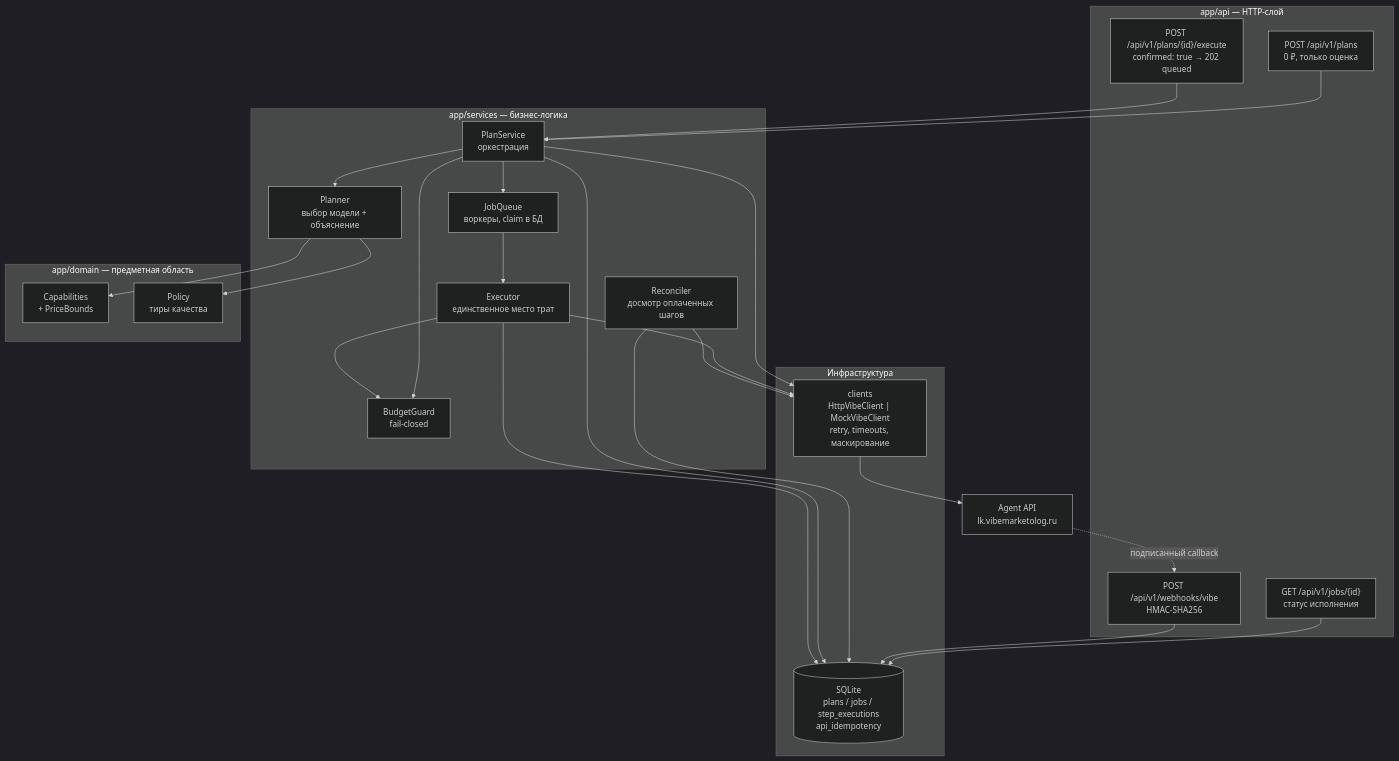
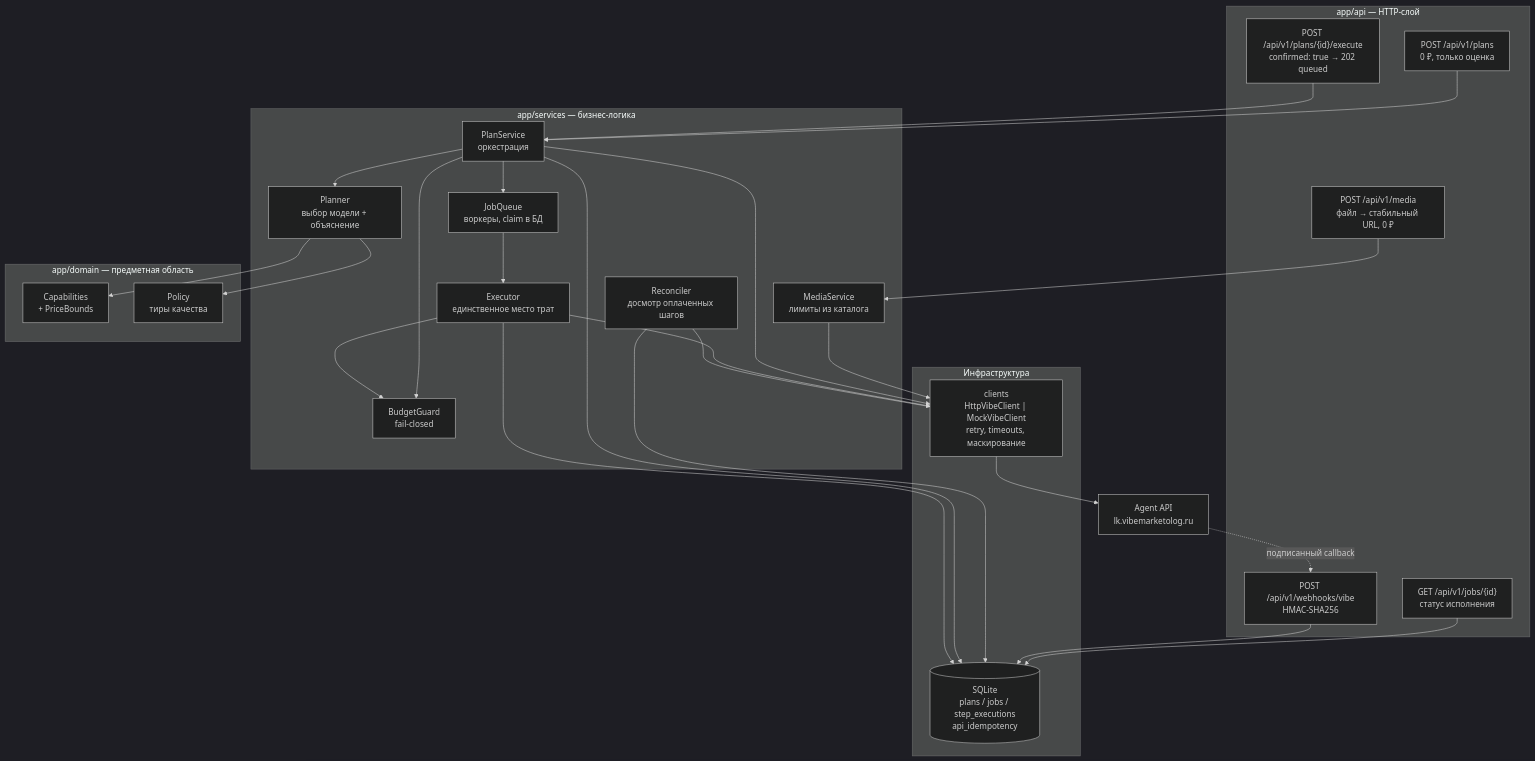
The diagram in README.md (pargevk1996-a11y/agent_006), drawn with Mermaid (dark theme) before and after one commit. The commit also changed other lines of this file and 14 other files, not shown here.

Commit message:
feat(media): проксирование POST /upload-media — доступ к image-to-video моделям

````diff
--- a/README.md
+++ b/README.md
@@ -66,50 +66,54 @@
 ```mermaid
 flowchart TB
     subgraph API["app/api — HTTP-слой"]
         P["POST /api/v1/plans<br/>0 ₽, только оценка"]
         E["POST /api/v1/plans/{id}/execute<br/>confirmed: true → 202 queued"]
         J["GET /api/v1/jobs/{id}<br/>статус исполнения"]
+        M["POST /api/v1/media<br/>файл → стабильный URL, 0 ₽"]
         W["POST /api/v1/webhooks/vibe<br/>HMAC-SHA256"]
     end
 
     subgraph SVC["app/services — бизнес-логика"]
         PS["PlanService<br/>оркестрация"]
+        MS["MediaService<br/>лимиты из каталога"]
         PL["Planner<br/>выбор модели + объяснение"]
         BG["BudgetGuard<br/>fail-closed"]
         Q["JobQueue<br/>воркеры, claim в БД"]
         EX["Executor<br/>единственное место трат"]
         RC["Reconciler<br/>досмотр оплаченных шагов"]
     end
 
     subgraph DOM["app/domain — предметная область"]
         CAP["Capabilities<br/>+ PriceBounds"]
         POL["Policy<br/>тиры качества"]
     end
 
     subgraph INF["Инфраструктура"]
         CL["clients<br/>HttpVibeClient | MockVibeClient<br/>retry, timeouts, маскирование"]
         DB[("SQLite<br/>plans / jobs / step_executions<br/>api_idempotency")]
     end
 
     VIBE["Agent API<br/>lk.vibemarketolog.ru"]
 
     P --> PS
     E --> PS
+    M --> MS
+    MS --> CL
     J --> DB
     W --> DB
     PS --> PL
     PL --> POL
     PL --> CAP
     PS --> BG
     PS --> Q
     Q --> EX
     EX --> BG
     PS --> CL
     EX --> CL
     RC --> CL
     RC --> DB
     CL --> VIBE
     PS --> DB
     EX --> DB
     VIBE -.->|подписанный callback| W
 ```
````
